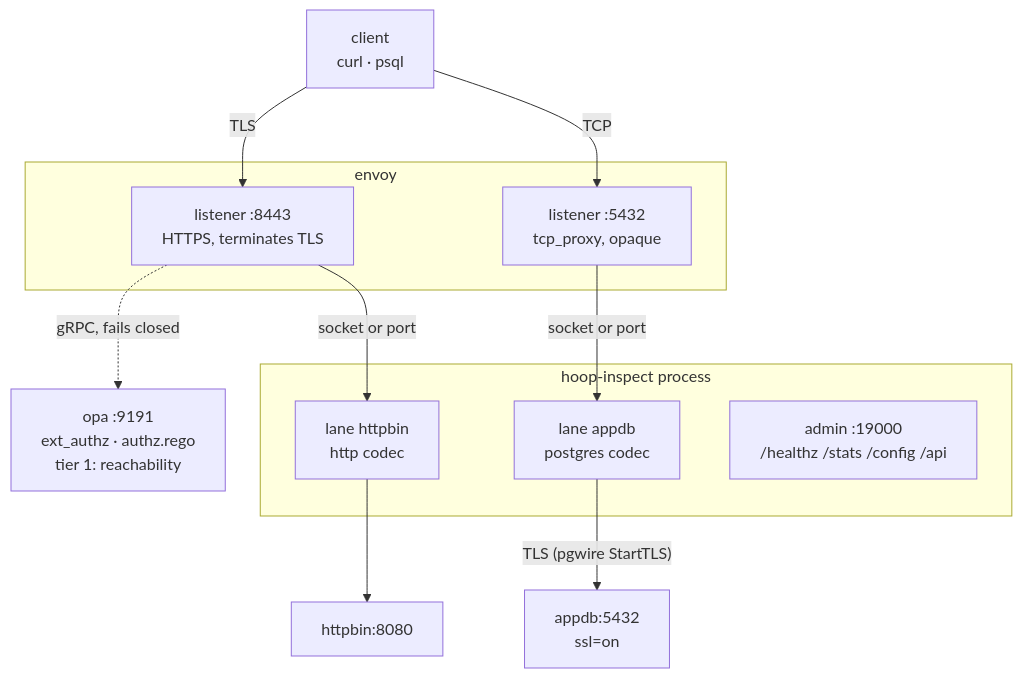
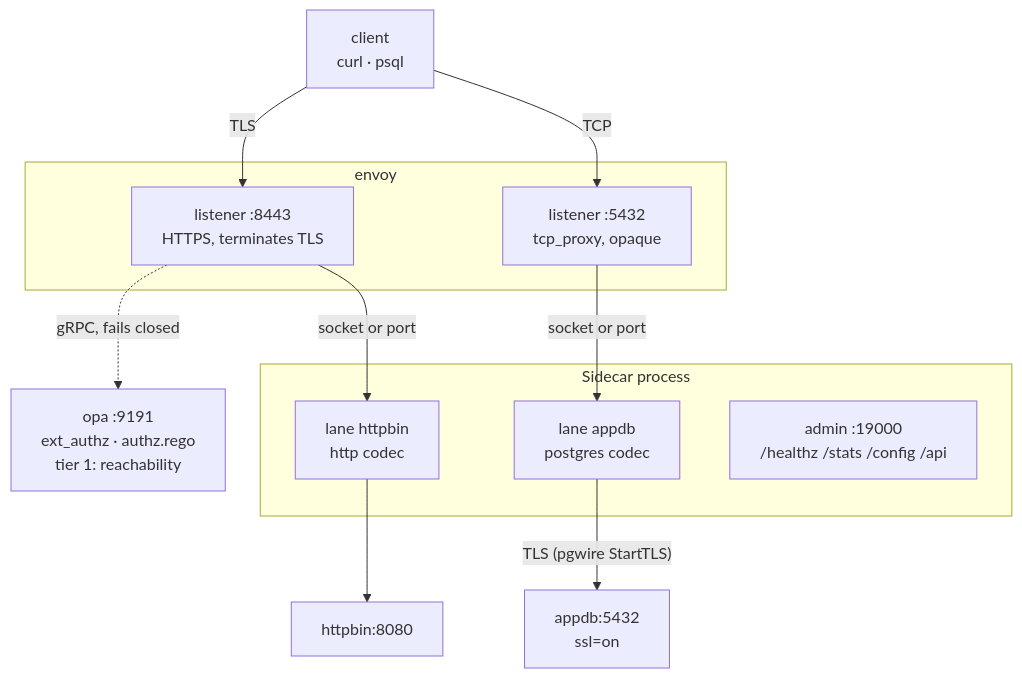
One commit to hoophq/documentation changed the first of 4 diagrams in setup/configuration/hoop-inspect/components.mdx. Above: the diagram before and after it, drawn with Mermaid. The commit also changed other lines of this file and 18 other files, not shown here.

Commit message:
new sidecar architecture docs

````diff
--- a/setup/configuration/hoop-inspect/components.mdx
+++ b/setup/configuration/hoop-inspect/components.mdx
@@ -18,26 +18,26 @@
 ```mermaid
 flowchart TB
     C["client<br/>curl · psql"]
 
     subgraph envoy["envoy"]
       L8443["listener :8443<br/>HTTPS, terminates TLS"]
       L5432["listener :5432<br/>tcp_proxy, opaque"]
     end
 
     OPA["opa :9191<br/>ext_authz · authz.rego<br/>tier 1: reachability"]
 
-    subgraph si["hoop-inspect process"]
+    subgraph si["Sidecar process"]
       LH["lane httpbin<br/>http codec"]
       LP["lane appdb<br/>postgres codec"]
       ADM["admin :19000<br/>/healthz /stats /config /api"]
     end
 
     H["httpbin:8080"]
     D["appdb:5432<br/>ssl=on"]
 
     C -- TLS --> L8443
     C -- TCP --> L5432
     L8443 -. "gRPC, fails closed" .-> OPA
     L8443 -- "socket or port" --> LH --> H
     L5432 -- "socket or port" --> LP -- "TLS (pgwire StartTLS)" --> D
 ```
````
